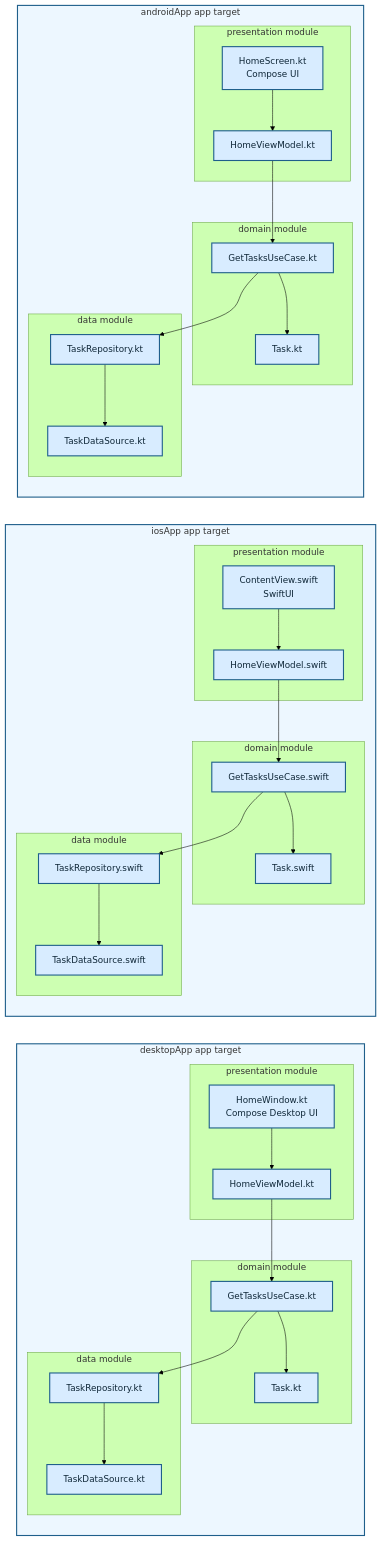
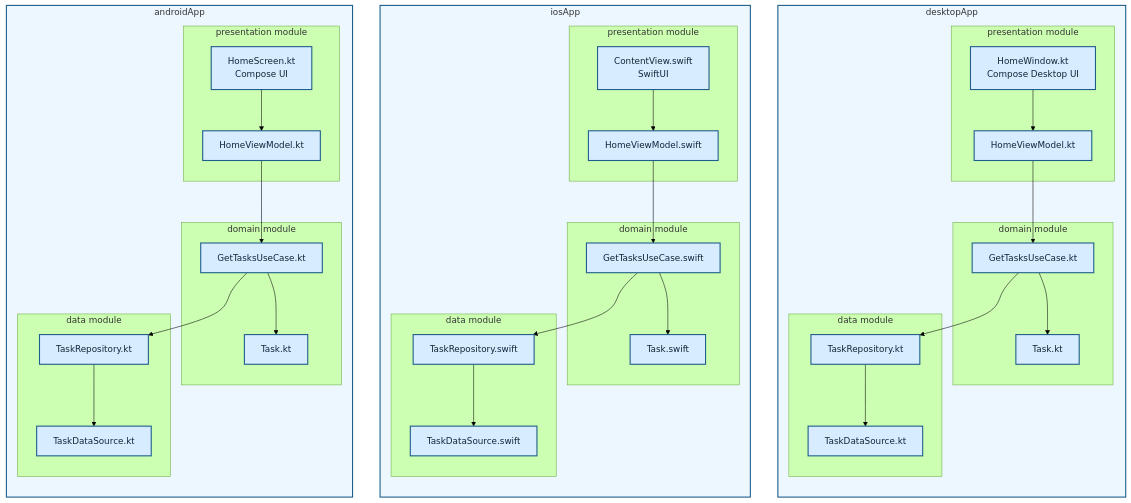
Before and after one commit to TheSetox/kmp-sample-diagrams: the diagram in diagrams/15-three-layer-native.md, drawn with Mermaid (forest theme). The commit also changed 19 other files, not shown here.

Commit message:
docs: align platform diagram boxes

````diff
--- a/diagrams/15-three-layer-native.md
+++ b/diagrams/15-three-layer-native.md
@@ -5,71 +5,68 @@
 ```mermaid
 flowchart TB
-  subgraph Android["androidApp app target"]
+  subgraph Desktop["desktopApp"]
+    direction TB
+    subgraph DPresentation["presentation module"]
+      DUI["HomeWindow.kt\nCompose Desktop UI"]
+      DVM["HomeViewModel.kt"]
+      DUI --> DVM
+    end
+    subgraph DDomain["domain module"]
+      DUseCase["GetTasksUseCase.kt"]
+      DEntity["Task.kt"]
+      DUseCase --> DEntity
+    end
+    subgraph DData["data module"]
+      DRepository["TaskRepository.kt"]
+      DDataSource["TaskDataSource.kt"]
+      DRepository --> DDataSource
+    end
+    DVM --> DUseCase --> DRepository
+  end
+
+  subgraph IOS["iosApp"]
+    direction TB
+    subgraph IPresentation["presentation module"]
+      IUI["ContentView.swift\nSwiftUI"]
+      IVM["HomeViewModel.swift"]
+      IUI --> IVM
+    end
+    subgraph IDomain["domain module"]
+      IUseCase["GetTasksUseCase.swift"]
+      IEntity["Task.swift"]
+      IUseCase --> IEntity
+    end
+    subgraph IData["data module"]
+      IRepository["TaskRepository.swift"]
+      IDataSource["TaskDataSource.swift"]
+      IRepository --> IDataSource
+    end
+    IVM --> IUseCase --> IRepository
+  end
+
+  subgraph Android["androidApp"]
     direction TB
     subgraph APresentation["presentation module"]
       AUI["HomeScreen.kt\nCompose UI"]
       AVM["HomeViewModel.kt"]
       AUI --> AVM
     end
     subgraph ADomain["domain module"]
       AUseCase["GetTasksUseCase.kt"]
       AEntity["Task.kt"]
       AUseCase --> AEntity
     end
     subgraph AData["data module"]
       ARepository["TaskRepository.kt"]
       ADataSource["TaskDataSource.kt"]
       ARepository --> ADataSource
     end
     AVM --> AUseCase --> ARepository
   end
 
-  subgraph IOS["iosApp app target"]
-    direction TB
-    subgraph IPresentation["presentation module"]
-      IUI["ContentView.swift\nSwiftUI"]
-      IVM["HomeViewModel.swift"]
-      IUI --> IVM
-    end
-    subgraph IDomain["domain module"]
-      IUseCase["GetTasksUseCase.swift"]
-      IEntity["Task.swift"]
-      IUseCase --> IEntity
-    end
-    subgraph IData["data module"]
-      IRepository["TaskRepository.swift"]
-      IDataSource["TaskDataSource.swift"]
-      IRepository --> IDataSource
-    end
-    IVM --> IUseCase --> IRepository
-  end
-
-  subgraph Desktop["desktopApp app target"]
-    direction TB
-    subgraph DPresentation["presentation module"]
-      DUI["HomeWindow.kt\nCompose Desktop UI"]
-      DVM["HomeViewModel.kt"]
-      DUI --> DVM
-    end
-    subgraph DDomain["domain module"]
-      DUseCase["GetTasksUseCase.kt"]
-      DEntity["Task.kt"]
-      DUseCase --> DEntity
-    end
-    subgraph DData["data module"]
-      DRepository["TaskRepository.kt"]
-      DDataSource["TaskDataSource.kt"]
-      DRepository --> DDataSource
-    end
-    DVM --> DUseCase --> DRepository
-  end
-
-  ADataSource ~~~ IUI
-  IDataSource ~~~ DUI
-
   classDef native fill:#d8ecff,stroke:#1f5f8b,color:#0f2738,stroke-width:2px;
   class AUI,AVM,AUseCase,AEntity,ARepository,ADataSource,IUI,IVM,IUseCase,IEntity,IRepository,IDataSource,DUI,DVM,DUseCase,DEntity,DRepository,DDataSource native;
   style Android fill:#edf7ff,stroke:#1f5f8b,stroke-width:2px
   style IOS fill:#edf7ff,stroke:#1f5f8b,stroke-width:2px
   style Desktop fill:#edf7ff,stroke:#1f5f8b,stroke-width:2px
 ```
````
